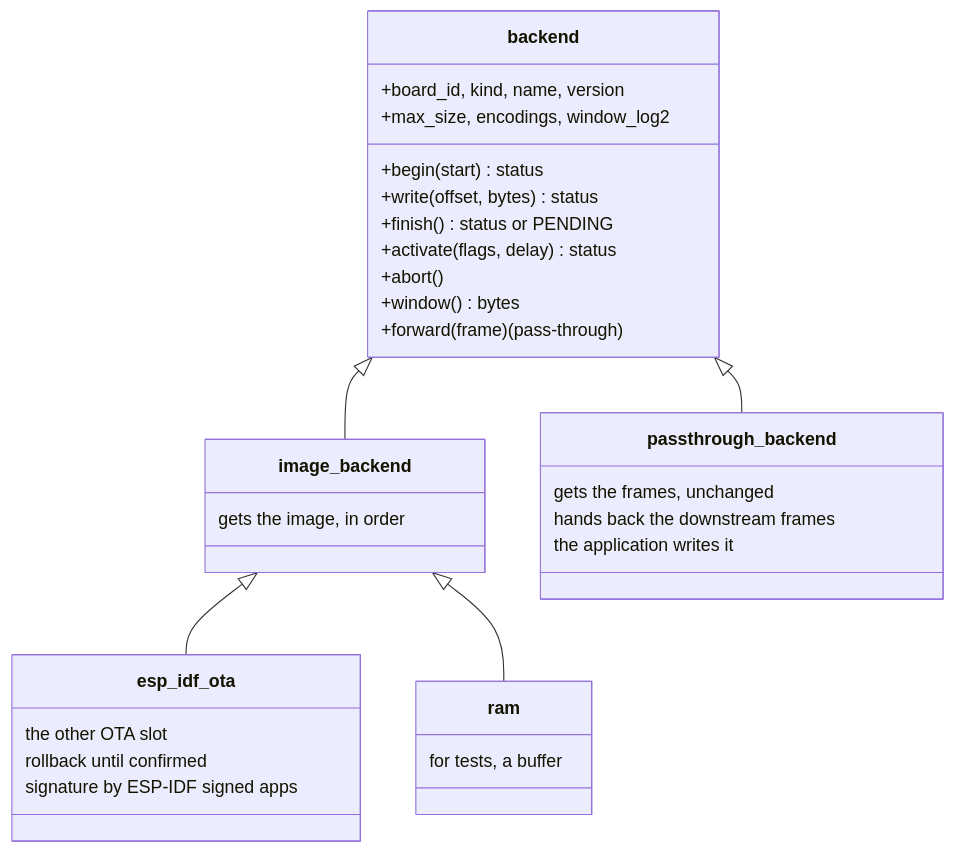
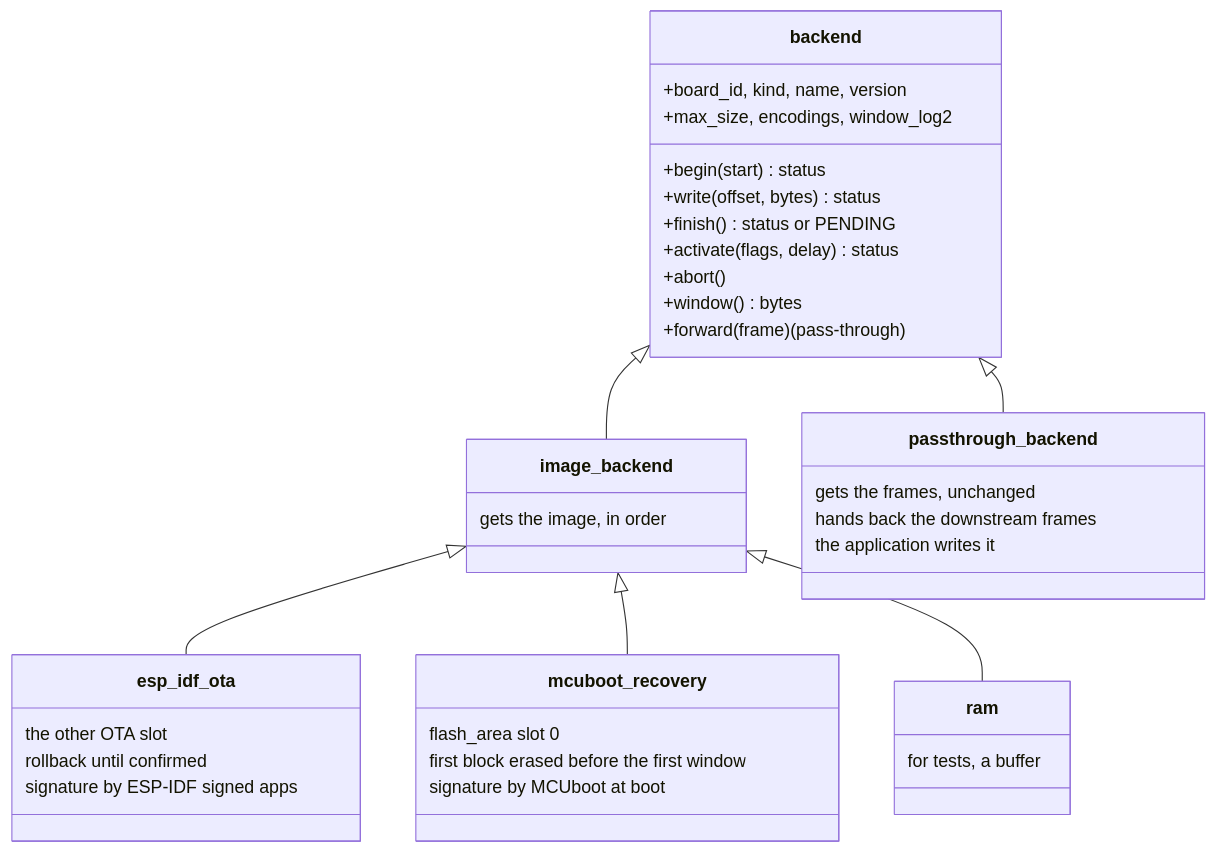
One commit to fvsolutions-dev/dfukit changed diagram 11 of 16 in DESIGN.md. Above: the diagram before and after it, drawn with Mermaid. The commit also changed other lines of this file and 8 other files, not shown here.

````diff
--- a/DESIGN.md
+++ b/DESIGN.md
@@ -383,34 +383,40 @@
 ```mermaid
 classDiagram
     class backend {
         +board_id, kind, name, version
         +max_size, encodings, window_log2
         +begin(start) status
         +write(offset, bytes) status
         +finish() status or PENDING
         +activate(flags, delay) status
         +abort()
         +window() bytes
         +forward(frame) (pass-through)
     }
     class image_backend {
         gets the image, in order
     }
     class passthrough_backend {
         gets the frames, unchanged
         hands back the downstream frames
         the application writes it
     }
     class esp_idf_ota {
         the other OTA slot
         rollback until confirmed
         signature by ESP-IDF signed apps
     }
+    class mcuboot_recovery {
+        flash_area slot 0
+        first block erased before the first window
+        signature by MCUboot at boot
+    }
     class ram {
         for tests, a buffer
     }
     backend <|-- image_backend
     backend <|-- passthrough_backend
     image_backend <|-- esp_idf_ota
+    image_backend <|-- mcuboot_recovery
     image_backend <|-- ram
 ```
````
